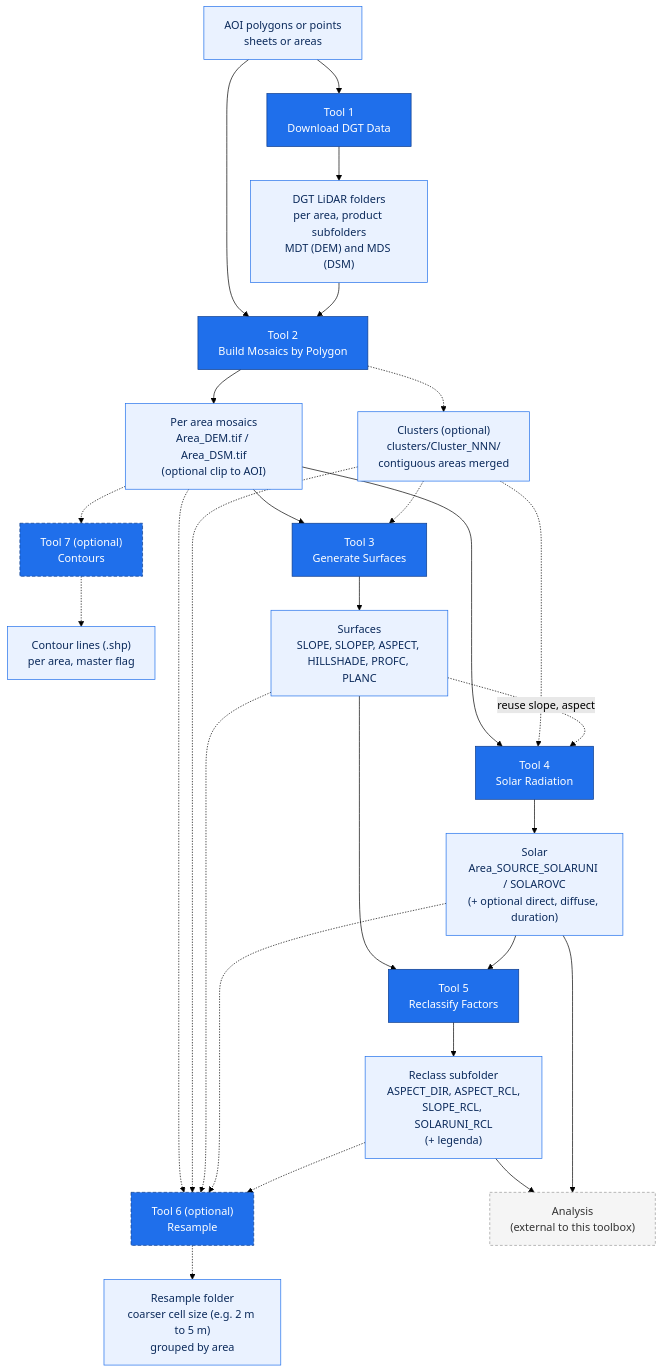
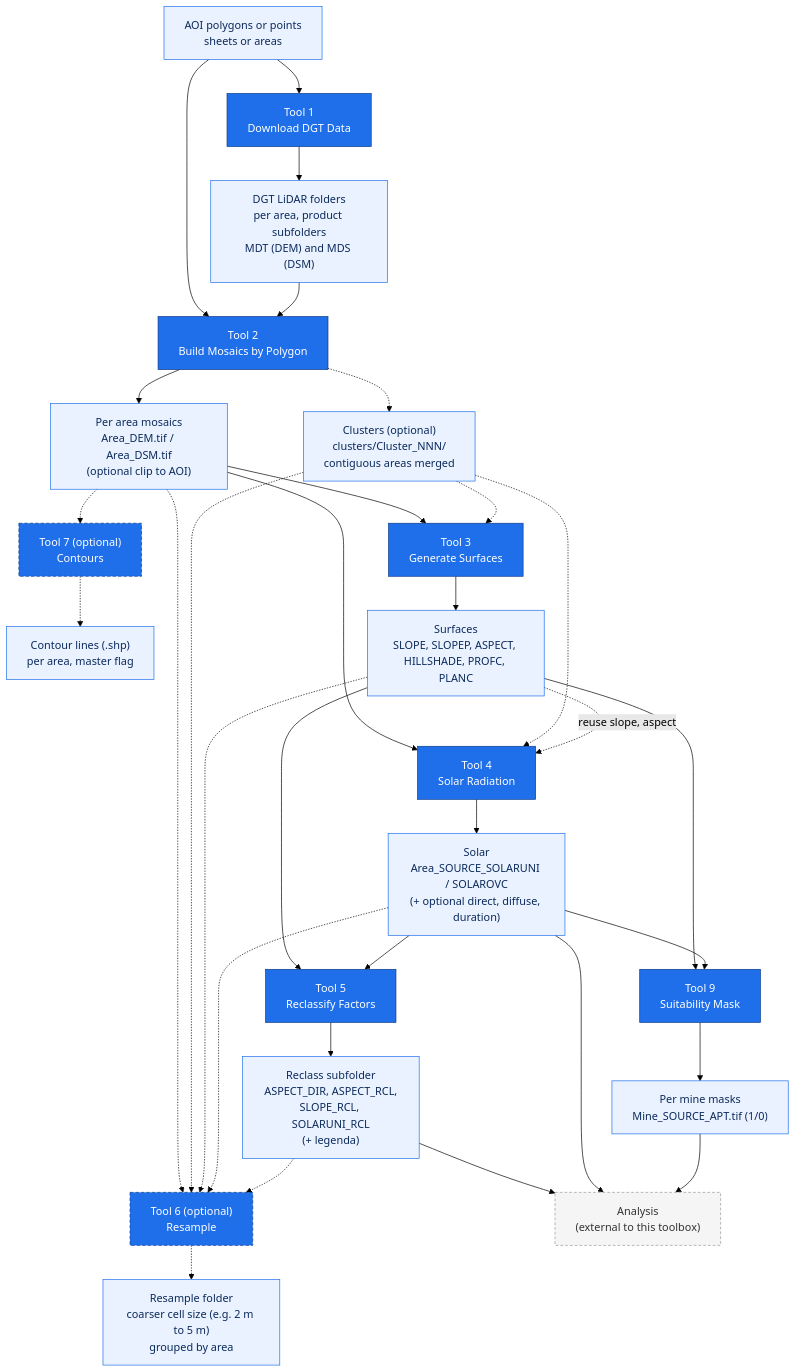
One commit to PedroMMGoncalves/lidar-terrain-arcgis-tools changed the diagram in README.md. Above: the diagram before and after it, drawn with Mermaid (forest theme). The commit also changed other lines of this file and 1 other file, not shown here.

First line of the commit message:
Add Verify Outputs and Suitability Mask tools, and a pyramids option

````diff
--- a/README.md
+++ b/README.md
@@ -56,40 +58,44 @@
 ```mermaid
 flowchart TD
     AOI["AOI polygons or points<br/>sheets or areas"]
     AOI --> TDL["Tool 1<br/>Download DGT Data"]
     TDL --> LID["DGT LiDAR folders<br/>per area, product subfolders<br/>MDT (DEM) and MDS (DSM)"]
     AOI --> T1
     LID --> T1
     T1["Tool 2<br/>Build Mosaics by Polygon"]
     T1 --> M["Per area mosaics<br/>Area_DEM.tif / Area_DSM.tif<br/>(optional clip to AOI)"]
     T1 -.-> CL["Clusters (optional)<br/>clusters/Cluster_NNN/<br/>contiguous areas merged"]
     M --> T2["Tool 3<br/>Generate Surfaces"]
     M --> T3["Tool 4<br/>Solar Radiation"]
     M -.-> T5["Tool 6 (optional)<br/>Resample"]
     M -.-> CT["Tool 7 (optional)<br/>Contours"]
     CT -.-> CO["Contour lines (.shp)<br/>per area, master flag"]
     CL -.-> T2
     CL -.-> T3
     CL -.-> T5
     T2 --> S["Surfaces<br/>SLOPE, SLOPEP, ASPECT, HILLSHADE, PROFC, PLANC"]
     S -.->|reuse slope, aspect| T3
     T3 --> SOL["Solar<br/>Area_SOURCE_SOLARUNI / SOLAROVC<br/>(+ optional direct, diffuse, duration)"]
     T5 -.-> RS["Resample folder<br/>coarser cell size (e.g. 2 m to 5 m)<br/>grouped by area"]
     S -.-> T5
     SOL -.-> T5
     RCL -.-> T5
     S --> T4["Tool 5<br/>Reclassify Factors"]
     SOL --> T4
     T4 --> RCL["Reclass subfolder<br/>ASPECT_DIR, ASPECT_RCL,<br/>SLOPE_RCL, SOLARUNI_RCL<br/>(+ legenda)"]
+    S --> T9["Tool 9<br/>Suitability Mask"]
+    SOL --> T9
+    T9 --> APT["Per mine masks<br/>Mine_SOURCE_APT.tif (1/0)"]
     RCL --> EXT["Analysis<br/>(external to this toolbox)"]
     SOL --> EXT
+    APT --> EXT
 
     classDef tool fill:#1f6feb,stroke:#0d3b8a,color:#ffffff;
     classDef opttool fill:#1f6feb,stroke:#0d3b8a,color:#ffffff,stroke-dasharray:5 3;
     classDef data fill:#eaf2ff,stroke:#1f6feb,color:#0b2a5b;
     classDef ext fill:#f5f5f5,stroke:#999999,color:#333333,stroke-dasharray:4 3;
-    class TDL,T1,T2,T3,T4 tool;
+    class TDL,T1,T2,T3,T4,T9 tool;
     class T5,CT opttool;
-    class AOI,LID,M,S,SOL,RCL,RS,CL,CO data;
+    class AOI,LID,M,S,SOL,RCL,RS,CL,CO,APT data;
     class EXT ext;
 ```
````
